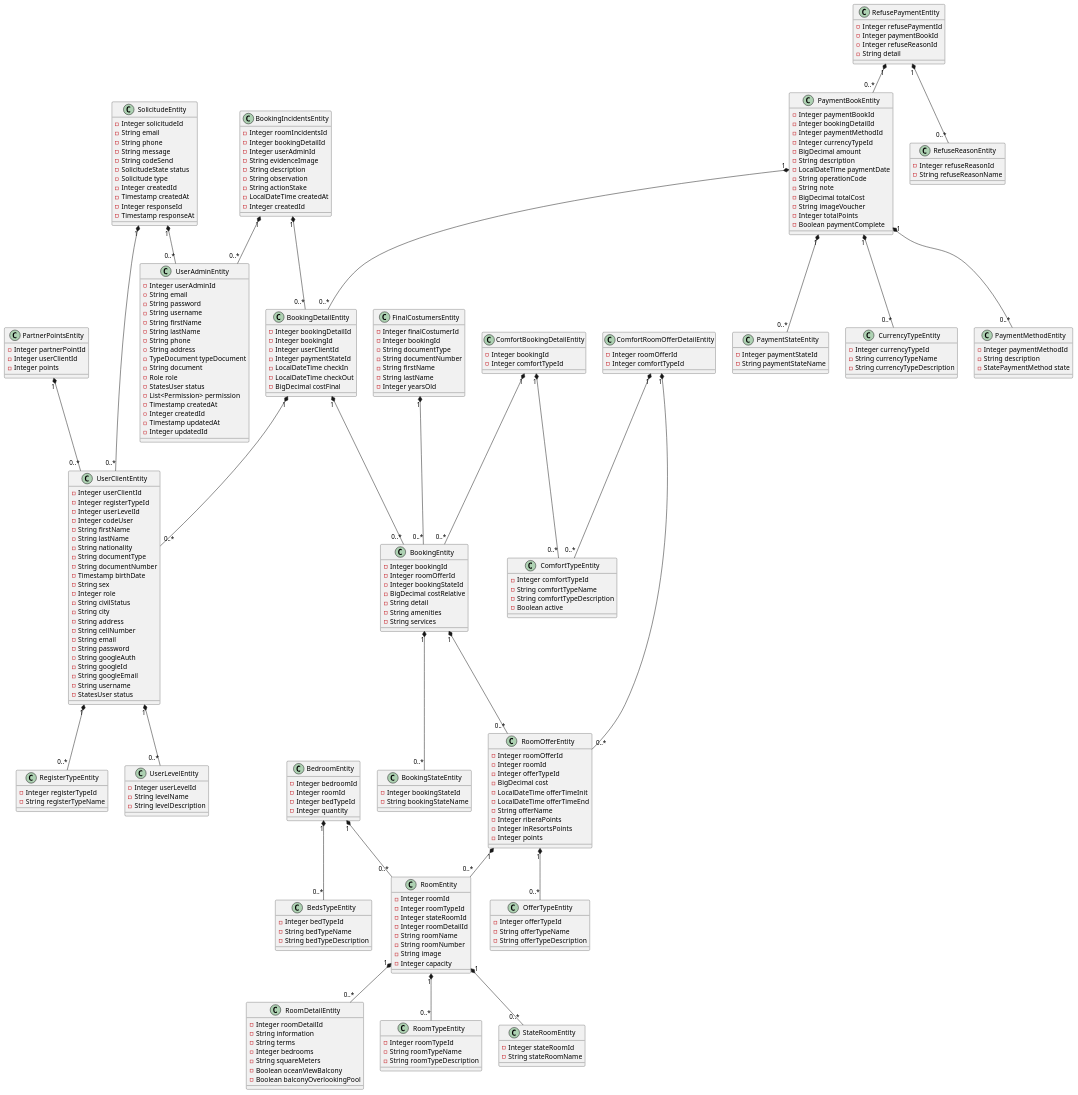
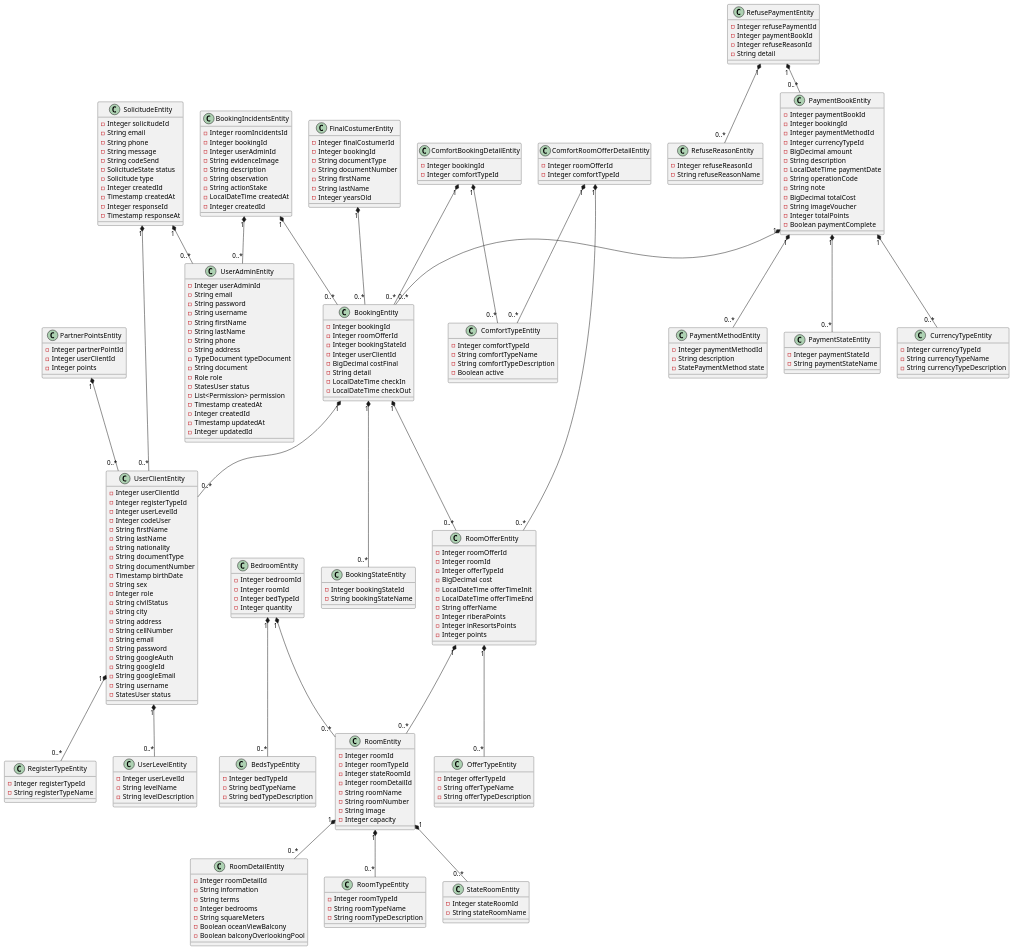
The diagram in clases.puml (eabardalesbruno/ProyectoRepo), drawn with PlantUML before and after one commit. The commit also changed 22 other files, not shown here.

```diff
--- a/clases.puml
+++ b/clases.puml
@@ -66,10 +66,11 @@
     -Integer bookingId
     -Integer roomOfferId
     -Integer bookingStateId
-    -BigDecimal costRelative
+    -Integer userClientId
+    -BigDecimal costFinal
     -String detail
-    -String amenities
-    -String services
+    -LocalDateTime checkIn
+    -LocalDateTime checkOut
 }
 
 class ComfortTypeEntity {
@@ -84,7 +85,7 @@
     -Integer comfortTypeId
 }
 
-class FinalCostumersEntity {
+class FinalCostumerEntity {
     -Integer finalCostumerId
     -Integer bookingId
     -String documentType
@@ -162,19 +163,9 @@
     -Integer points
 }
 
-class BookingDetailEntity {
-    -Integer bookingDetailId
-    -Integer bookingId
-    -Integer userClientId
-    -Integer paymentStateId
-    -LocalDateTime checkIn
-    -LocalDateTime checkOut
-    -BigDecimal costFinal
-}
-
 class BookingIncidentsEntity {
     -Integer roomIncidentsId
-    -Integer bookingDetailId
+    -Integer bookingId
     -Integer userAdminId
     -String evidenceImage
     -String description
@@ -197,7 +188,7 @@
 
 class PaymentBookEntity {
     -Integer paymentBookId
-    -Integer bookingDetailId
+    -Integer bookingId
     -Integer paymentMethodId
     -Integer currencyTypeId
     -BigDecimal amount
@@ -257,10 +248,12 @@
 
 BookingEntity "1" *-- "0..*" BookingStateEntity
 BookingEntity "1" *-- "0..*" RoomOfferEntity
+BookingEntity "1" *-- "0..*" UserClientEntity
+
 ComfortBookingDetailEntity "1" *-- "0..*" BookingEntity
 ComfortBookingDetailEntity "1" *-- "0..*" ComfortTypeEntity
 
-BookingIncidentsEntity "1" *-- "0..*" BookingDetailEntity
+BookingIncidentsEntity "1" *-- "0..*" BookingEntity
 
 RoomOfferEntity "1" *-- "0..*" RoomEntity
 RoomOfferEntity "1" *-- "0..*" OfferTypeEntity
@@ -268,12 +261,9 @@
 ComfortRoomOfferDetailEntity  "1" *-- "0..*" RoomOfferEntity
 ComfortRoomOfferDetailEntity  "1" *-- "0..*" ComfortTypeEntity
 
-BookingDetailEntity "1" *-- "0..*" UserClientEntity
-BookingDetailEntity "1" *-- "0..*" BookingEntity
-
 PaymentBookEntity "1" *-- "0..*" PaymentMethodEntity
 PaymentBookEntity "1" *-- "0..*" PaymentStateEntity
-PaymentBookEntity "1" *-- "0..*" BookingDetailEntity
+PaymentBookEntity "1" *-- "0..*" BookingEntity
 PaymentBookEntity "1" *-- "0..*" CurrencyTypeEntity
 
 BedroomEntity "1" *-- "0..*" RoomEntity
@@ -286,7 +276,7 @@
 RefusePaymentEntity "1" *-- "0..*" PaymentBookEntity
 RefusePaymentEntity "1" *-- "0..*" RefuseReasonEntity
 
-FinalCostumersEntity "1" *-- "0..*" BookingEntity
+FinalCostumerEntity "1" *-- "0..*" BookingEntity
 
 SolicitudeEntity "1" *-- "0..*" UserAdminEntity
 SolicitudeEntity "1" *-- "0..*" UserClientEntity
```
